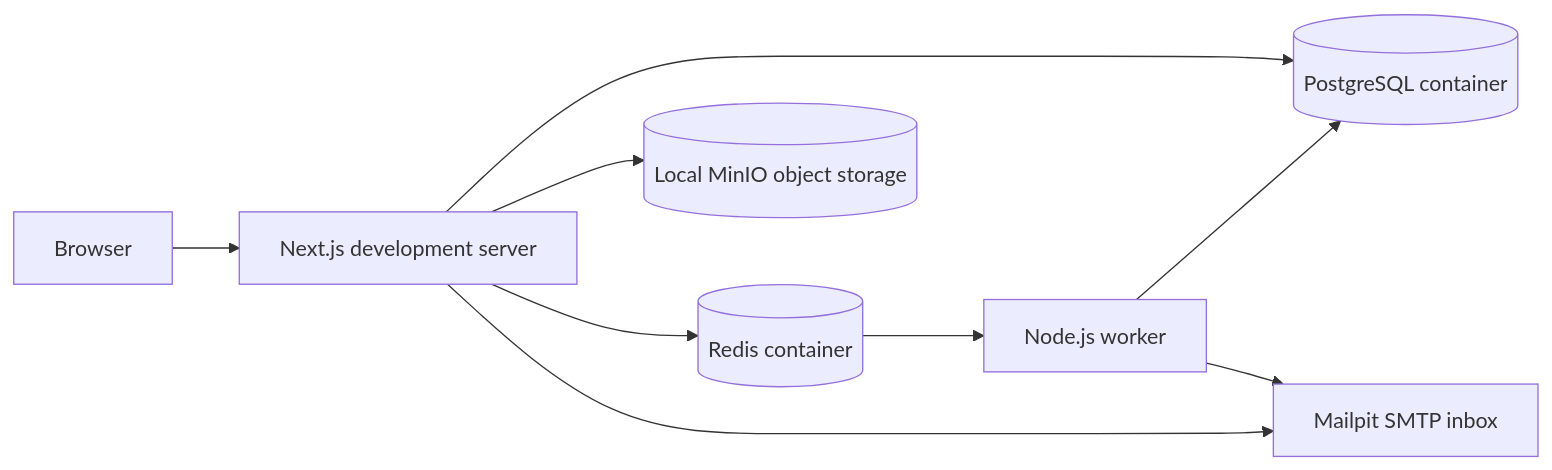
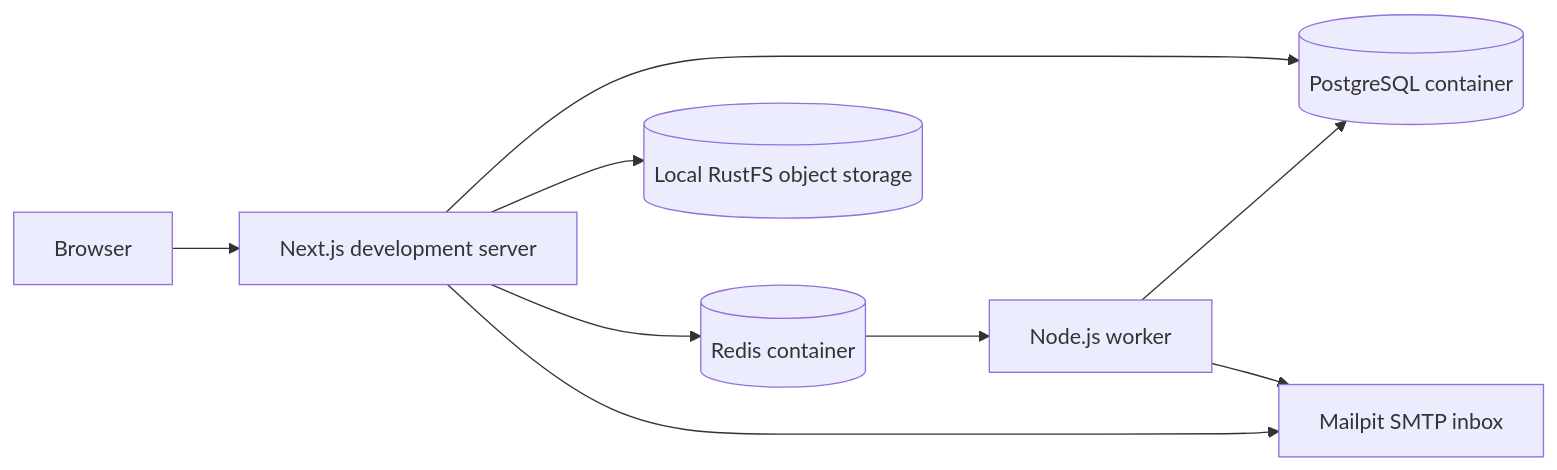
Before and after one commit to hack4lk/salesmora.ai: the diagram in docs/local-development.md, drawn with Mermaid. The commit also changed other lines of this file and 16 other files, not shown here.

First line of the commit message:
S1: Implement file storage adapter, encryption, and database schema

````diff
--- a/docs/local-development.md
+++ b/docs/local-development.md
@@ -23,11 +23,11 @@
 ```mermaid
 flowchart LR
     Browser[Browser] --> Web[Next.js development server]
     Web --> PG[(PostgreSQL container)]
     Web --> Redis[(Redis container)]
     Redis --> Worker[Node.js worker]
     Worker --> PG
     Worker --> Mailpit[Mailpit SMTP inbox]
     Web --> Mailpit
-    Web --> Storage[(Local MinIO object storage)]
+    Web --> Storage[(Local RustFS object storage)]
 ```
````
